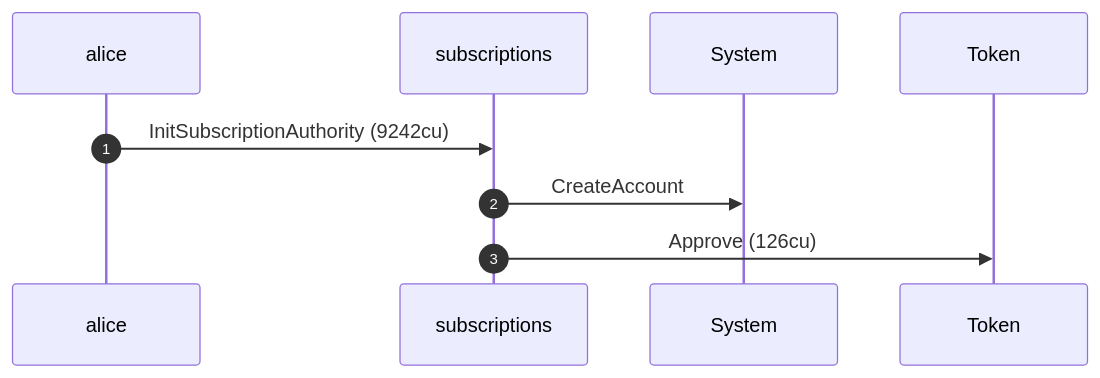
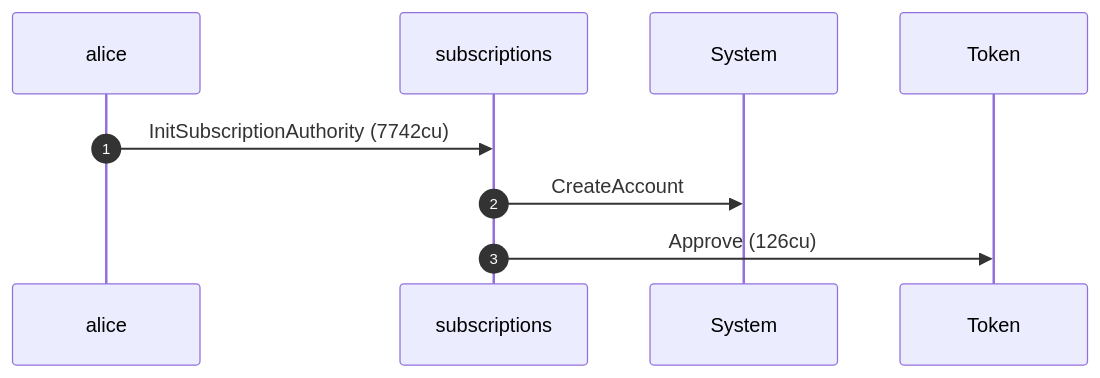
The first of 4 diagrams in dsl_tests/reject-a-recurring-delegation-with-a-zero-period.md (cds-rs/subscriptions), drawn with Mermaid before and after one commit. The commit also changed other lines of this file and 224 other files, not shown here.

````diff
--- a/dsl_tests/reject-a-recurring-delegation-with-a-zero-period.md
+++ b/dsl_tests/reject-a-recurring-delegation-with-a-zero-period.md
@@ -24,11 +25,11 @@
 ```mermaid
 sequenceDiagram
     autonumber
     participant alice
     participant subscriptions
     participant System
     participant Token
-    alice ->> subscriptions: InitSubscriptionAuthority (9242cu)
+    alice ->> subscriptions: InitSubscriptionAuthority (7742cu)
     subscriptions ->> System: CreateAccount
     subscriptions ->> Token: Approve (126cu)
 ```
````
